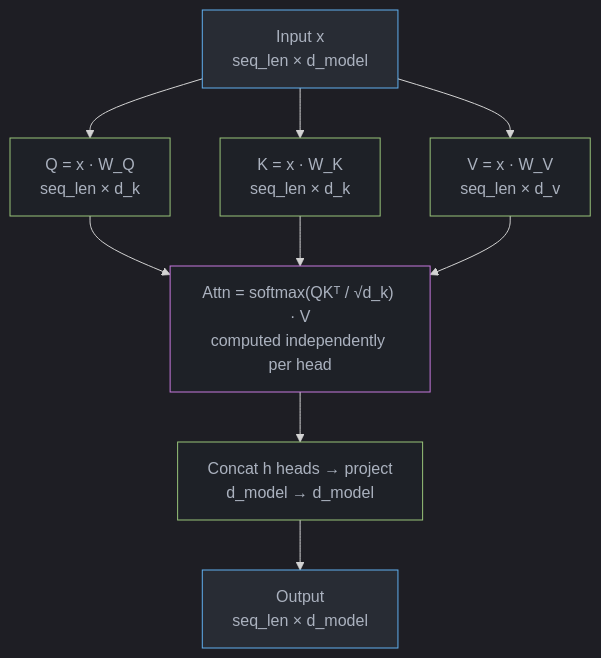
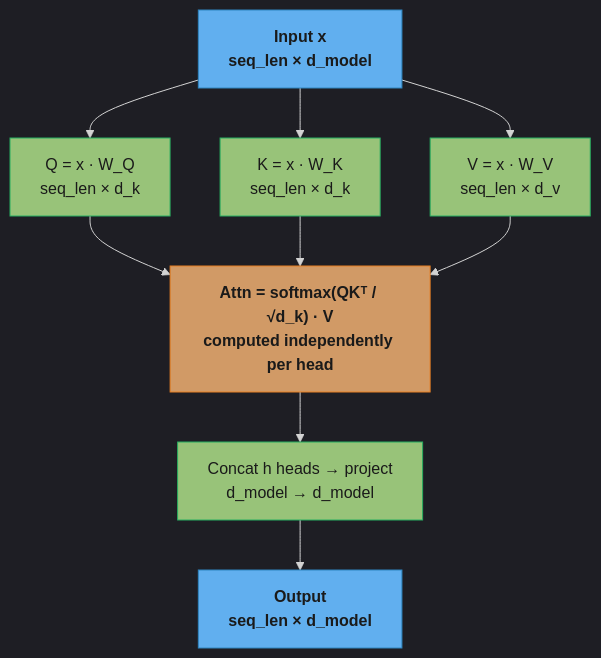
The second of 3 diagrams in src/main/java/com/rutik/systemdesign/llm/foundations_and_architecture/README.md (rppol/system-design), drawn with Mermaid before and after one commit. The commit also changed other lines of this file and 88 other files, not shown here.

````diff
--- a/src/main/java/com/rutik/systemdesign/llm/foundations_and_architecture/README.md
+++ b/src/main/java/com/rutik/systemdesign/llm/foundations_and_architecture/README.md
@@ -146,23 +133,27 @@
 ```mermaid
 %%{init: {'flowchart': {'curve': 'basis'}, 'theme': 'dark'}}%%
 flowchart TD
-    classDef io   fill:#282c34,stroke:#61afef,color:#abb2bf
-    classDef proc fill:#1e2127,stroke:#98c379,color:#abb2bf
-    classDef llm  fill:#1e2127,stroke:#c678dd,color:#abb2bf
+    classDef io      fill:#61afef,stroke:#2e86c1,color:#1a1a1a,font-weight:bold
+    classDef frozen  fill:#c678dd,stroke:#9b59b6,color:#fff
+    classDef train   fill:#98c379,stroke:#27ae60,color:#1a1a1a
+    classDef mathOp  fill:#d19a66,stroke:#e67e22,color:#1a1a1a,font-weight:bold
+    classDef lossN   fill:#e06c75,stroke:#c0392b,color:#fff,font-weight:bold
+    classDef req     fill:#56b6c2,stroke:#0097a7,color:#1a1a1a
+    classDef base    fill:#e5c07b,stroke:#f39c12,color:#1a1a1a
 
     IN["Input x\nseq_len × d_model"]
     QW["Q = x · W_Q\nseq_len × d_k"]
     KW["K = x · W_K\nseq_len × d_k"]
     VW["V = x · W_V\nseq_len × d_v"]
     ATT["Attn = softmax(QKᵀ / √d_k) · V\ncomputed independently per head"]
     CAT["Concat h heads → project\nd_model → d_model"]
     OUT["Output\nseq_len × d_model"]
 
     IN --> QW & KW & VW
     QW & KW & VW --> ATT
     ATT --> CAT --> OUT
 
     class IN,OUT io
-    class QW,KW,VW,CAT proc
-    class ATT llm
+    class QW,KW,VW,CAT train
+    class ATT mathOp
 ```
````
